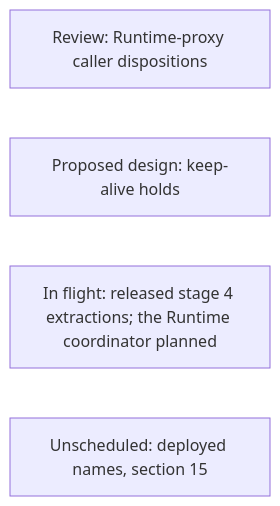
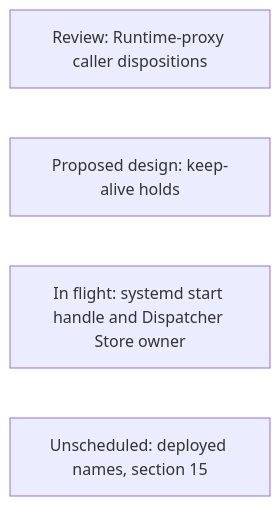
One commit to agentydragon/ducktape changed diagram 20 of 20 in agentplane/plans/task_dag.md. Above: the diagram before and after it, drawn with Mermaid. The commit also changed other lines of this file and 16 other files, not shown here.

````diff
--- a/agentplane/plans/task_dag.md
+++ b/agentplane/plans/task_dag.md
@@ -4006,7 +3855,7 @@
 ```mermaid
 flowchart LR
     RUNTIME_PROXY_CALLER_AUDIT[Review: Runtime-proxy caller dispositions]
     ENVIRONMENT_KEEP_ALIVE_HOLDS[Proposed design: keep-alive holds]
-    GO_LOCAL_EXTRACTIONS[In flight: released stage 4 extractions; the Runtime coordinator planned]
+    GO_LOCAL_EXTRACTIONS[In flight: systemd start handle and Dispatcher Store owner]
     RUNNER_GATEWAY_RENAME[Unscheduled: deployed names, section 15]
 ```
````
